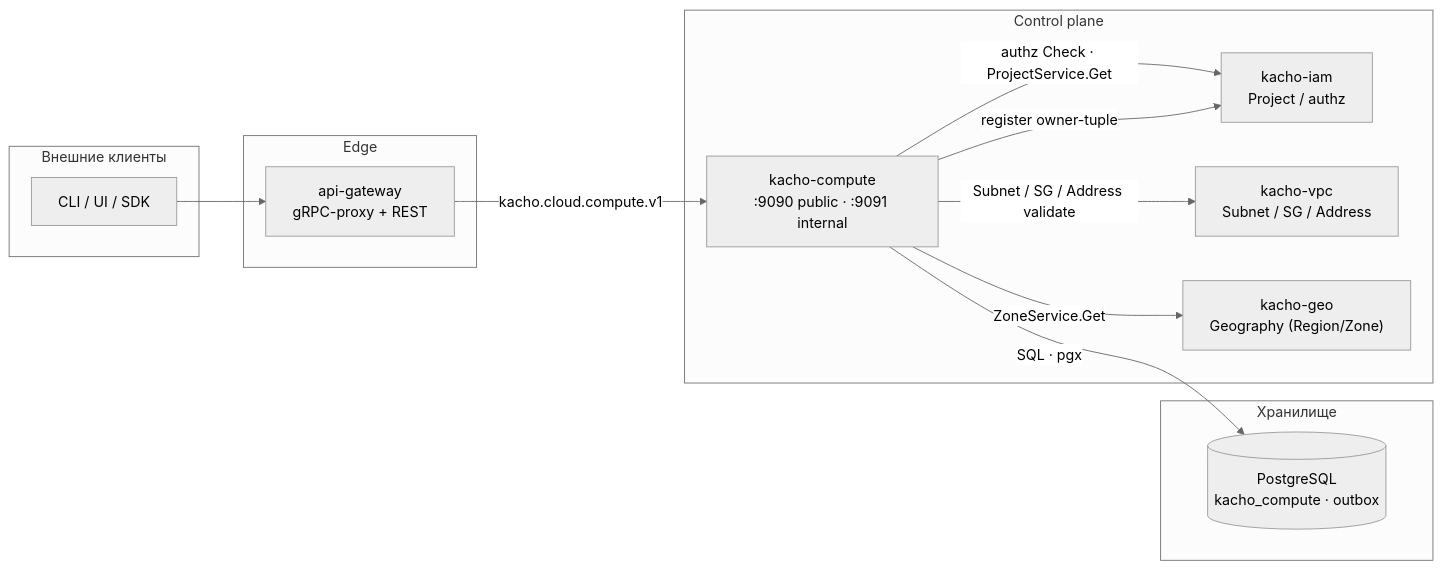
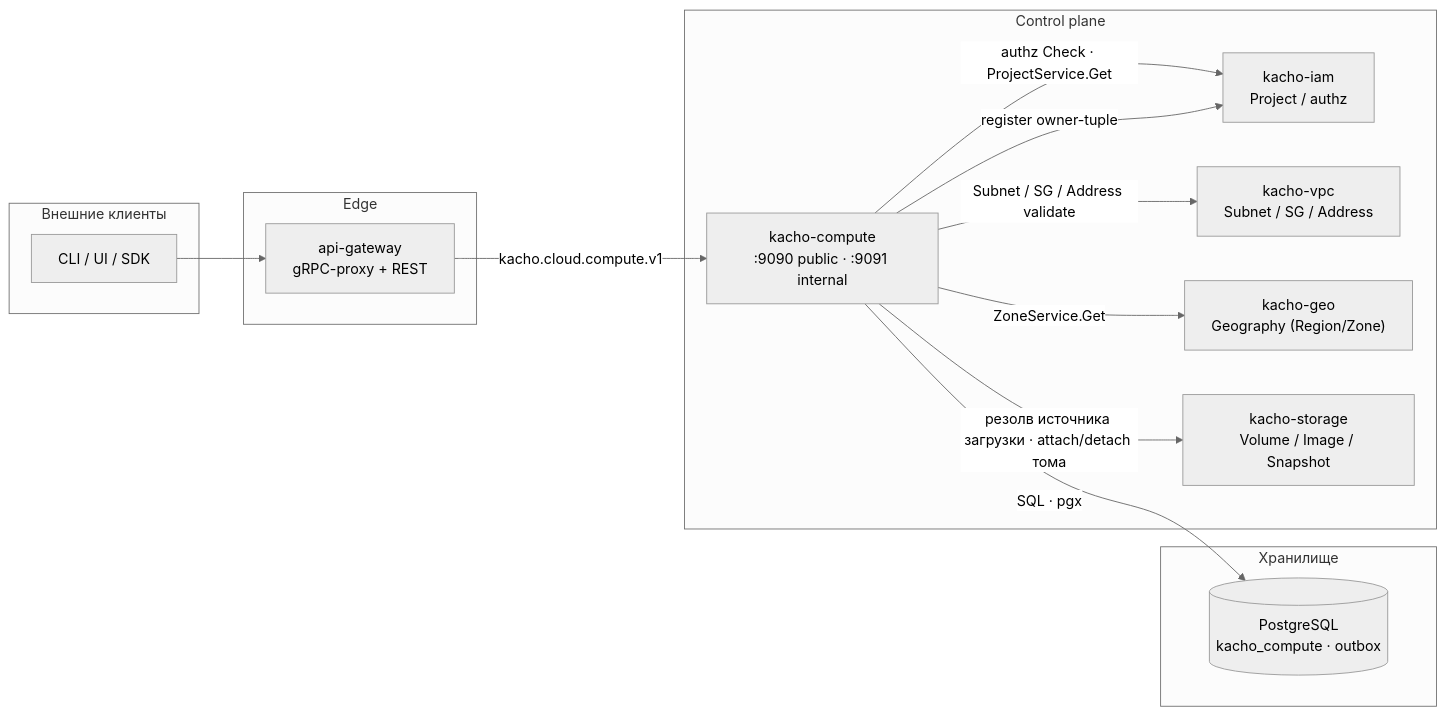
The first of 2 diagrams in services/compute/docs-site/docs/intro.mdx (PRO-Robotech/kacho), drawn with Mermaid (neutral theme) before and after one commit. The commit also changed other lines of this file and 8 other files, not shown here.

````diff
--- a/services/compute/docs-site/docs/intro.mdx
+++ b/services/compute/docs-site/docs/intro.mdx
@@ -115,26 +121,28 @@
 ```mermaid
 flowchart LR
   subgraph ext["Внешние клиенты"]
     cli["CLI / UI / SDK"]
   end
   subgraph edge["Edge"]
     agw["api-gateway<br/>gRPC-proxy + REST"]
   end
   subgraph cp["Control plane"]
     cmp["kacho-compute<br/>:9090 public · :9091 internal"]
     iam["kacho-iam<br/>Project / authz"]
     vpc["kacho-vpc<br/>Subnet / SG / Address"]
     geo["kacho-geo<br/>Geography (Region/Zone)"]
+    stg["kacho-storage<br/>Volume / Image / Snapshot"]
   end
   subgraph store["Хранилище"]
     pg[("PostgreSQL<br/>kacho_compute · outbox")]
   end
 
   cli --> agw
   agw -->|"kacho.cloud.compute.v1"| cmp
   cmp -->|"SQL · pgx"| pg
   cmp -->|"authz Check · ProjectService.Get"| iam
   cmp -->|"register owner-tuple"| iam
   cmp -->|"ZoneService.Get"| geo
   cmp -->|"Subnet / SG / Address validate"| vpc
+  cmp -->|"резолв источника загрузки · attach/detach тома"| stg
 ```
````
